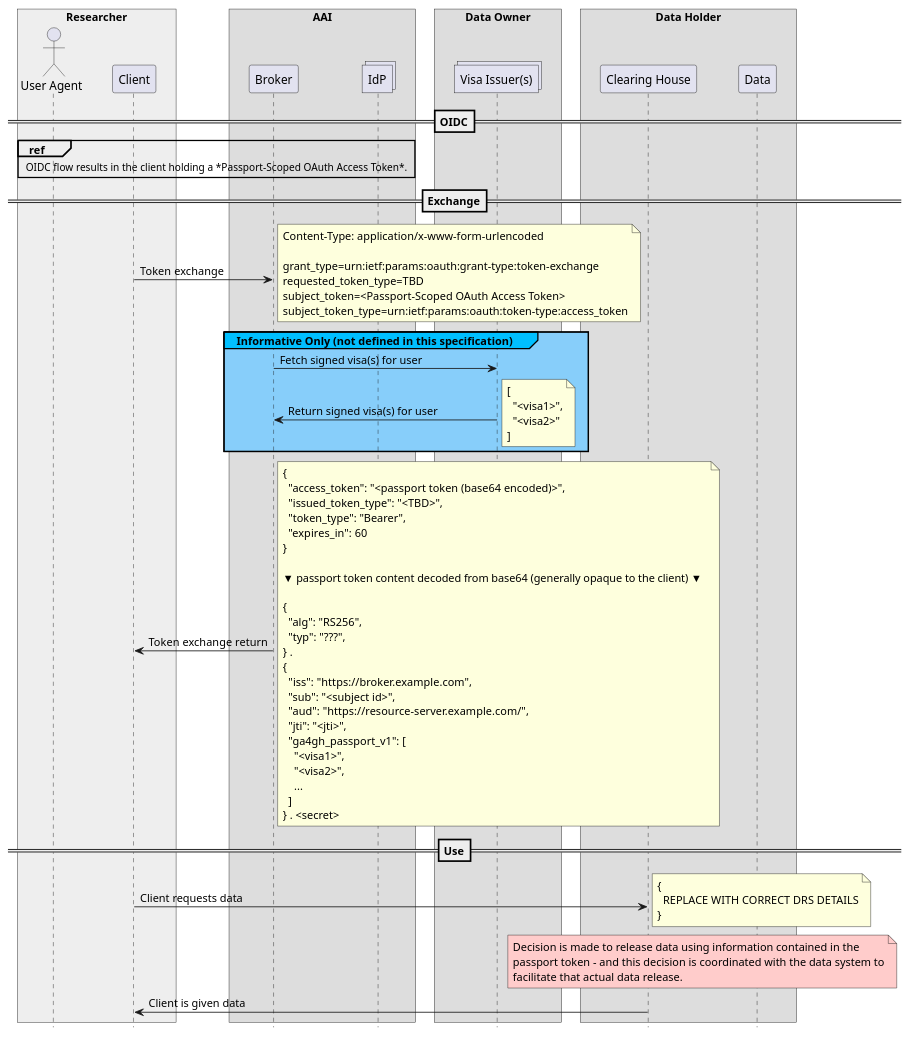
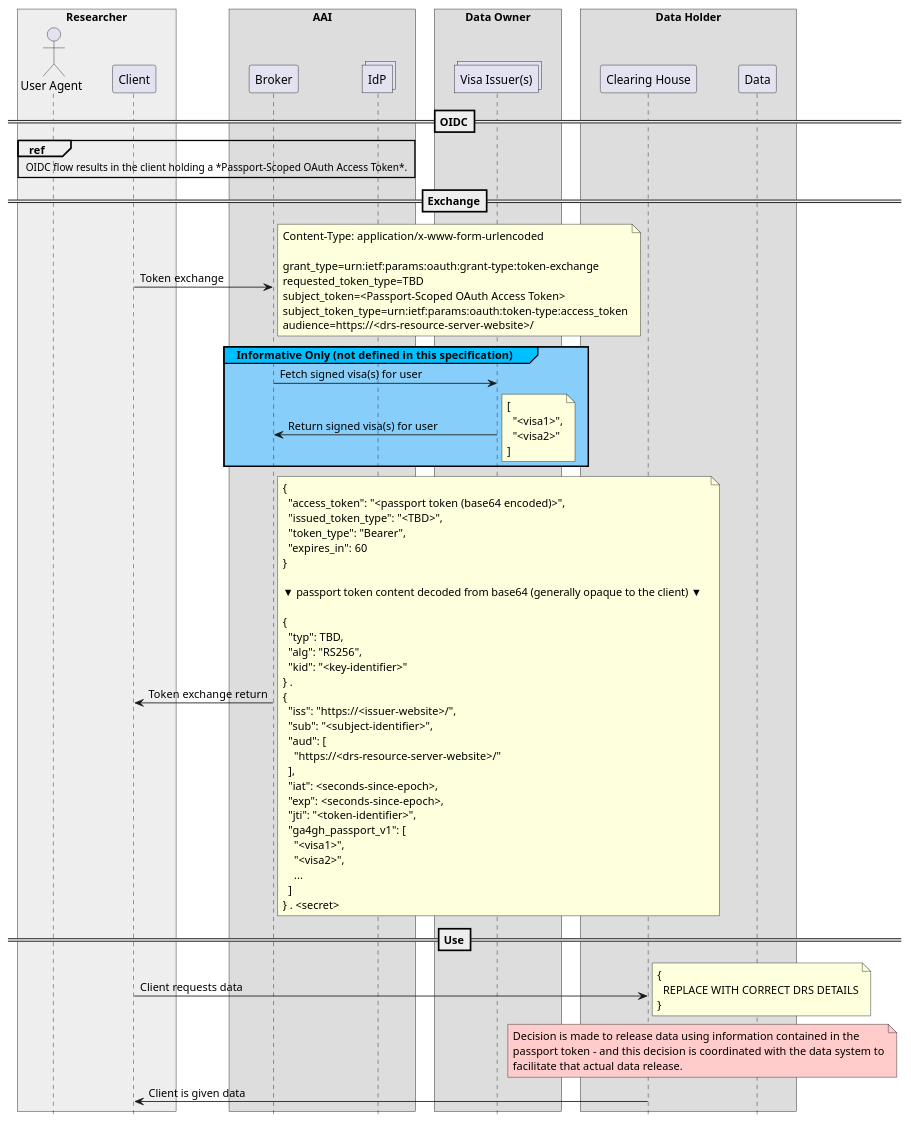
One commit to ga4gh/data-security changed the second of 2 diagrams in AAI/AAIConnectProfile.md. Above: the diagram before and after it, drawn with PlantUML. The commit also changed other lines of this file, not shown here.

Commit message:
Matched token fields better to main spec Added audience into token exchange (speculative)

```diff
--- a/AAI/AAIConnectProfile.md
+++ b/AAI/AAIConnectProfile.md
@@ -961,6 +963,7 @@
 requested_token_type=TBD
 subject_token=<Passport-Scoped OAuth Access Token>
 subject_token_type=urn:ietf:params:oauth:token-type:access_token
+audience=https://<drs-resource-server-website>/
 end note
 
 group#DeepSkyBlue #LightSkyBlue Informative Only (not defined in this specification)
@@ -986,14 +989,19 @@
 ▼ passport token content decoded from base64 (generally opaque to the client) ▼  
 
 {
+  "typ": TBD,
   "alg": "RS256",
-  "typ": "???",
+  "kid": "<key-identifier>"
 } .
 {
-  "iss": "https://broker.example.com",
-  "sub": "<subject id>",
-  "aud": "https://resource-server.example.com/",
-  "jti": "<jti>",
+  "iss": "https://<issuer-website>/",
+  "sub": "<subject-identifier>",
+  "aud": [
+    "https://<drs-resource-server-website>/"
+  ],
+  "iat": <seconds-since-epoch>,
+  "exp": <seconds-since-epoch>,
+  "jti": "<token-identifier>",
   "ga4gh_passport_v1": [
     "<visa1>",
     "<visa2>",
```
